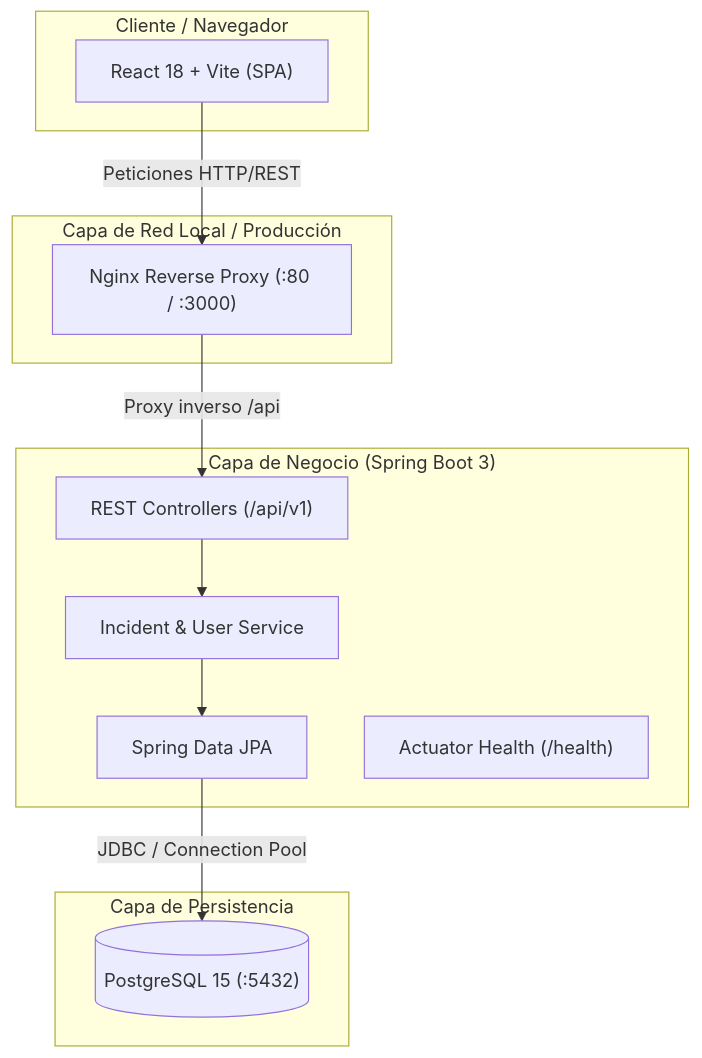
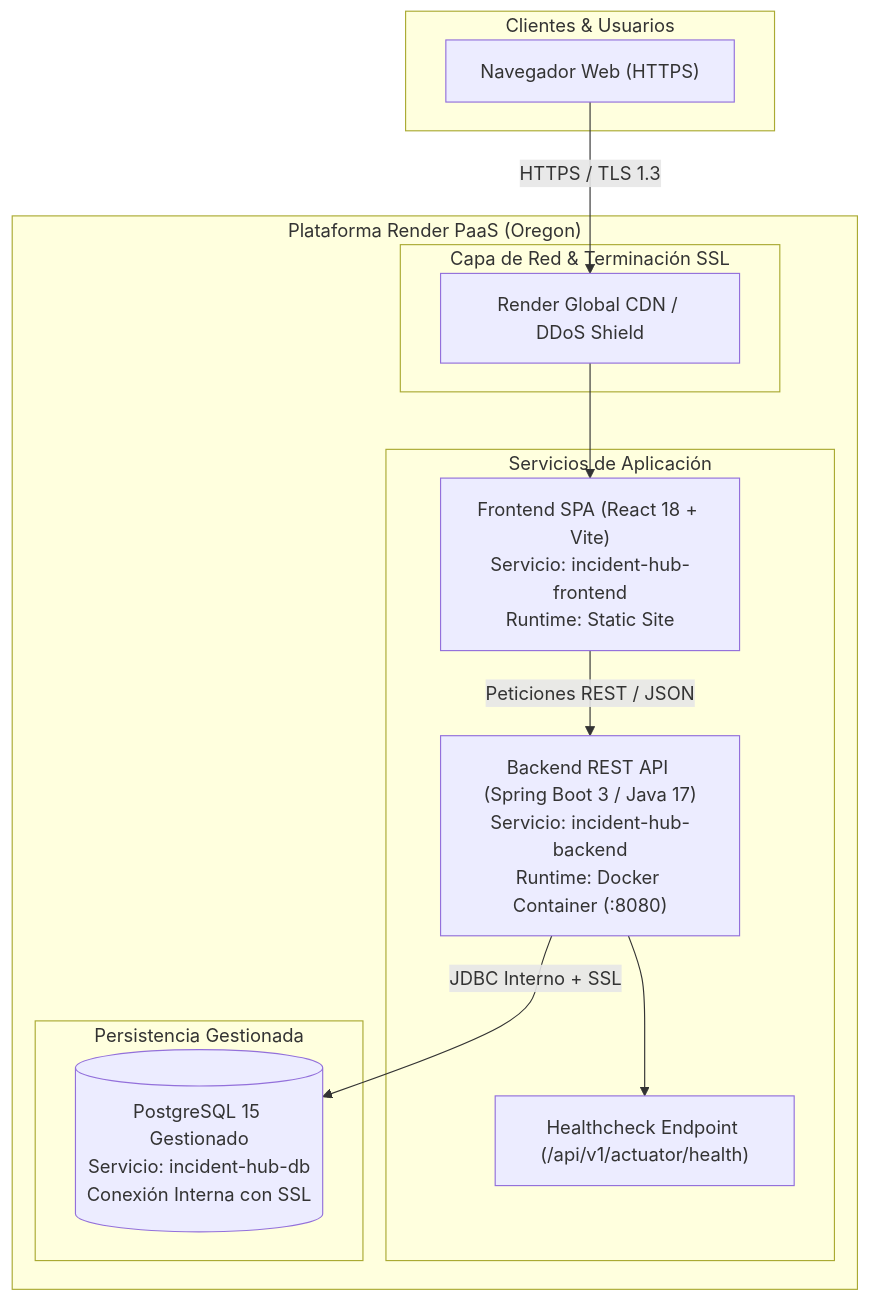
The second of 4 diagrams in docs/arquitectura.md (jgalindos2-web/incident-hub), drawn with Mermaid before and after one commit. The commit also changed other lines of this file and 18 other files, not shown here.

````diff
--- a/docs/arquitectura.md
+++ b/docs/arquitectura.md
@@ -10,27 +70,28 @@
 ```mermaid
 graph TD
-    subgraph Client["Cliente / Navegador"]
-        UI["React 18 + Vite (SPA)"]
+    subgraph Clients["Clientes & Usuarios"]
+        Browser["Navegador Web (HTTPS)"]
     end
 
-    subgraph ReverseProxy["Capa de Red Local / Producción"]
-        Nginx["Nginx Reverse Proxy (:80 / :3000)"]
+    subgraph RenderPlatform["Plataforma Render PaaS (Oregon)"]
+        subgraph Edge["Capa de Red & Terminación SSL"]
+            CDN["Render Global CDN / DDoS Shield"]
+        end
+
+        subgraph Services["Servicios de Aplicación"]
+            Frontend["Frontend SPA (React 18 + Vite)<br/>Servicio: incident-hub-frontend<br/>Runtime: Static Site"]
+            Backend["Backend REST API (Spring Boot 3 / Java 17)<br/>Servicio: incident-hub-backend<br/>Runtime: Docker Container (:8080)"]
+            Actuator["Healthcheck Endpoint (/api/v1/actuator/health)"]
+            Backend --> Actuator
+        end
+
+        subgraph Data["Persistencia Gestionada"]
+            Database[("PostgreSQL 15 Gestionado<br/>Servicio: incident-hub-db<br/>Conexión Interna con SSL")]
+        end
     end
 
-    subgraph BackendApp["Capa de Negocio (Spring Boot 3)"]
-        Controller["REST Controllers (/api/v1)"]
-        Service["Incident & User Service"]
-        Repo["Spring Data JPA"]
-        Actuator["Actuator Health (/health)"]
-    end
-
-    subgraph DataStore["Capa de Persistencia"]
-        Postgres[("PostgreSQL 15 (:5432)")]
-    end
-
-    UI -->|Peticiones HTTP/REST| Nginx
-    Nginx -->|Proxy inverso /api| Controller
-    Controller --> Service
-    Service --> Repo
-    Repo -->|JDBC / Connection Pool| Postgres
+    Browser -->|HTTPS / TLS 1.3| CDN
+    CDN --> Frontend
+    Frontend -->|Peticiones REST / JSON| Backend
+    Backend -->|JDBC Interno + SSL| Database
 ```
````
